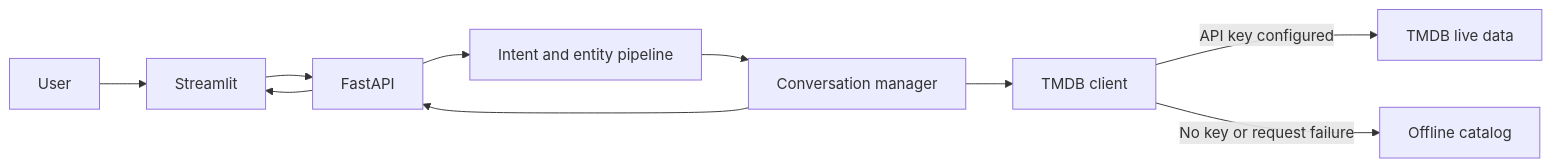
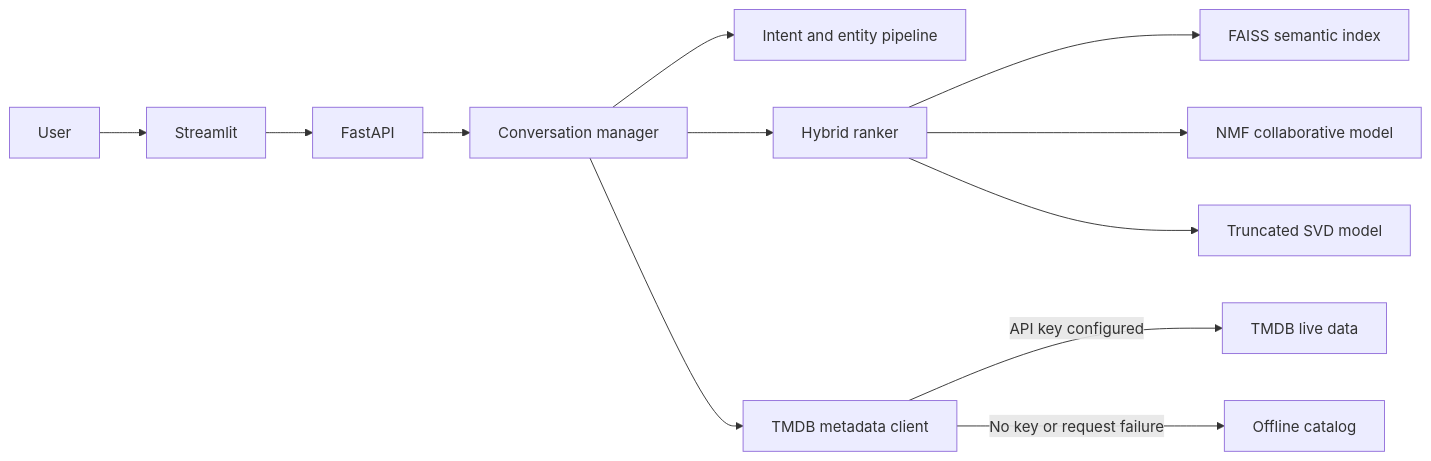
The diagram in README.md (PranaPragada7/CineBot-NLP-Project), drawn with Mermaid before and after one commit. The commit also changed other lines of this file and 15 other files, not shown here.

Commit message:
Implement hybrid FAISS NMF SVD recommender

````diff
--- a/README.md
+++ b/README.md
@@ -34,12 +40,14 @@
 ```mermaid
 flowchart LR
     U[User] --> UI[Streamlit]
     UI --> API[FastAPI]
-    API --> NLP[Intent and entity pipeline]
-    NLP --> C[Conversation manager]
-    C --> T[TMDB client]
+    API --> C[Conversation manager]
+    C --> NLP[Intent and entity pipeline]
+    C --> R[Hybrid ranker]
+    R --> F[FAISS semantic index]
+    R --> N[NMF collaborative model]
+    R --> S[Truncated SVD model]
+    C --> T[TMDB metadata client]
     T -->|API key configured| L[TMDB live data]
     T -->|No key or request failure| O[Offline catalog]
-    C --> API
-    API --> UI
 ```
````
